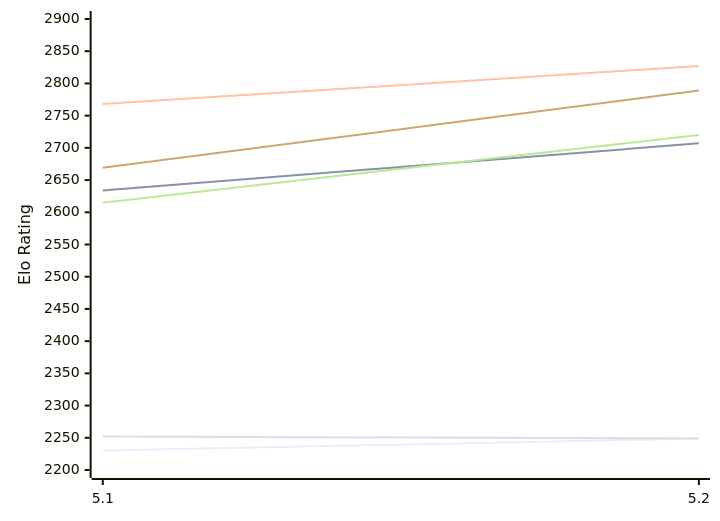
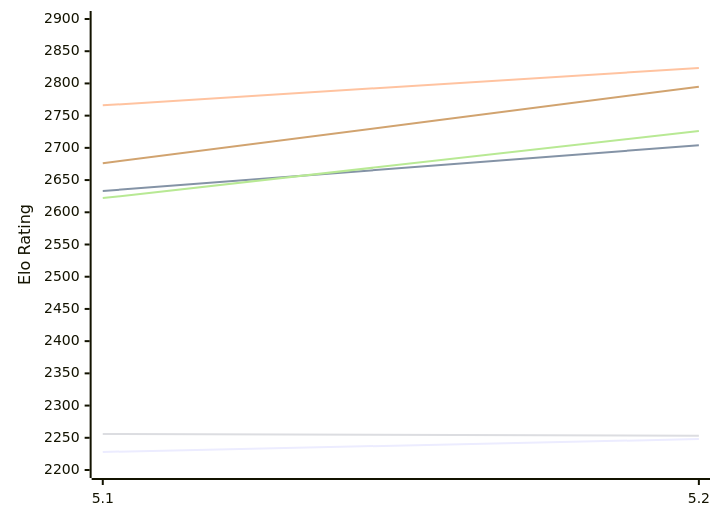
One commit to computer-chess-index/cci changed the first of 2 diagrams in engines/Dorky.md. Above: the diagram before and after it, drawn with Mermaid. The commit also changed other lines of this file, not shown here.

Commit message:
Update CCI Ratings (ELO VLTC) - 2026-11-23

````diff
--- a/engines/Dorky.md
+++ b/engines/Dorky.md
@@ -50,12 +50,12 @@
 ```mermaid
 %%{init: {"theme":"base","themeVariables":{"seriesColors:['#a3a3a3','#222221','#faa371']}}}%%
 xychart-beta
   x-axis ["5.1", "5.2"]
   y-axis "Elo Rating" 2200 --> 2900
-  line "E1: STC (8.0+0.08s)" [2230, 2249]
-  line "E1: LTC (60.0+0.60s)" [2634, 2707]
-  line "E1: VLTC (2m24s+1.12s)" [2768, 2827]
-  line "P1: STC (8.0+0.08s)" [2252, 2249]
-  line "P1: LTC (60.0+0.60s)" [2615, 2720]
-  line "P1: VLTC (2m24s+1.12s)" [2669, 2789]
+  line "E1: STC (8.0+0.08s)" [2228, 2248]
+  line "E1: LTC (60.0+0.60s)" [2633, 2704]
+  line "E1: VLTC (2m24s+1.12s)" [2766, 2824]
+  line "P1: STC (8.0+0.08s)" [2256, 2253]
+  line "P1: LTC (60.0+0.60s)" [2622, 2726]
+  line "P1: VLTC (2m24s+1.12s)" [2676, 2795]
 ```
````
